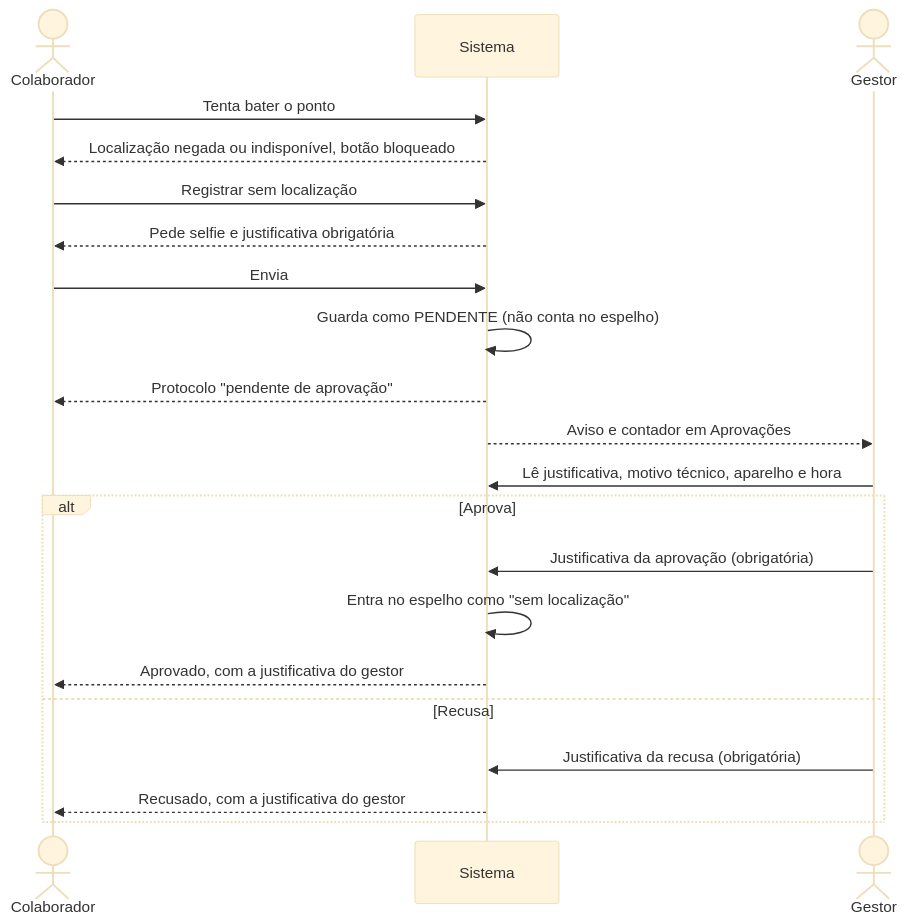
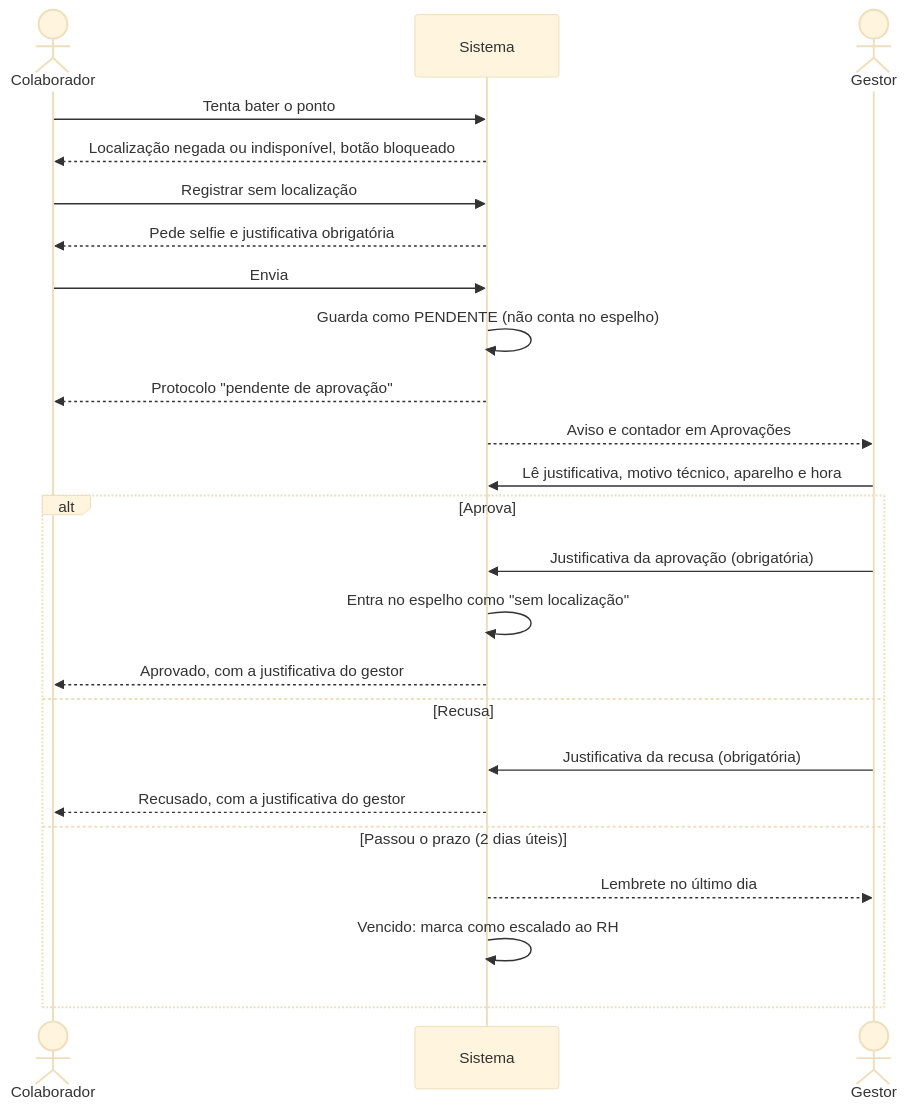
The tenth of 10 diagrams in docs/06-fluxos.md (GuedesIgor/AxSys-IT), drawn with Mermaid (base theme) before and after one commit. The commit also changed 5 other files, not shown here.

First line of the commit message:
Prazo de decisão do ponto sem localização (2 dias úteis, escalonamento ao RH) e sem limite mensal

````diff
--- a/docs/06-fluxos.md
+++ b/docs/06-fluxos.md
@@ -155,23 +155,26 @@
 ```mermaid
 sequenceDiagram
     actor C as Colaborador
     participant S as Sistema
     actor G as Gestor
     C->>S: Tenta bater o ponto
     S-->>C: Localização negada ou indisponível, botão bloqueado
     C->>S: Registrar sem localização
     S-->>C: Pede selfie e justificativa obrigatória
     C->>S: Envia
     S->>S: Guarda como PENDENTE (não conta no espelho)
     S-->>C: Protocolo "pendente de aprovação"
     S-->>G: Aviso e contador em Aprovações
     G->>S: Lê justificativa, motivo técnico, aparelho e hora
     alt Aprova
         G->>S: Justificativa da aprovação (obrigatória)
         S->>S: Entra no espelho como "sem localização"
         S-->>C: Aprovado, com a justificativa do gestor
     else Recusa
         G->>S: Justificativa da recusa (obrigatória)
         S-->>C: Recusado, com a justificativa do gestor
+    else Passou o prazo (2 dias úteis)
+        S-->>G: Lembrete no último dia
+        S->>S: Vencido: marca como escalado ao RH
     end
 ```
````
